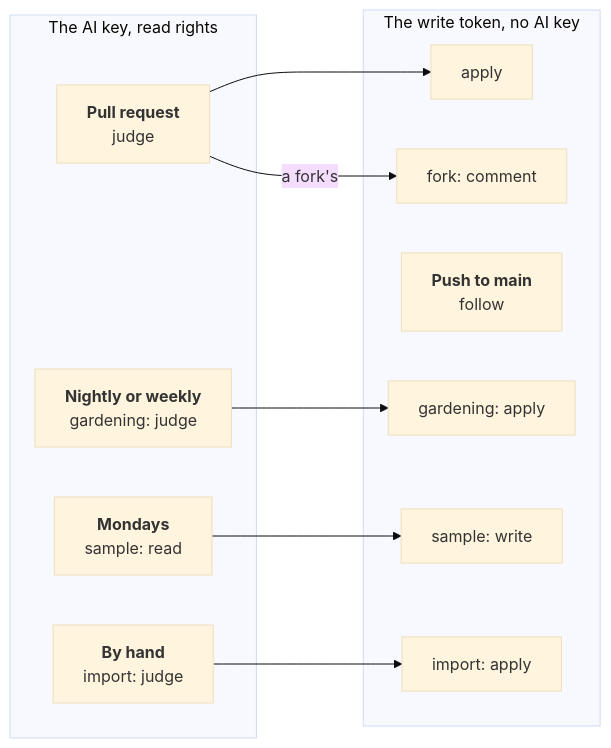
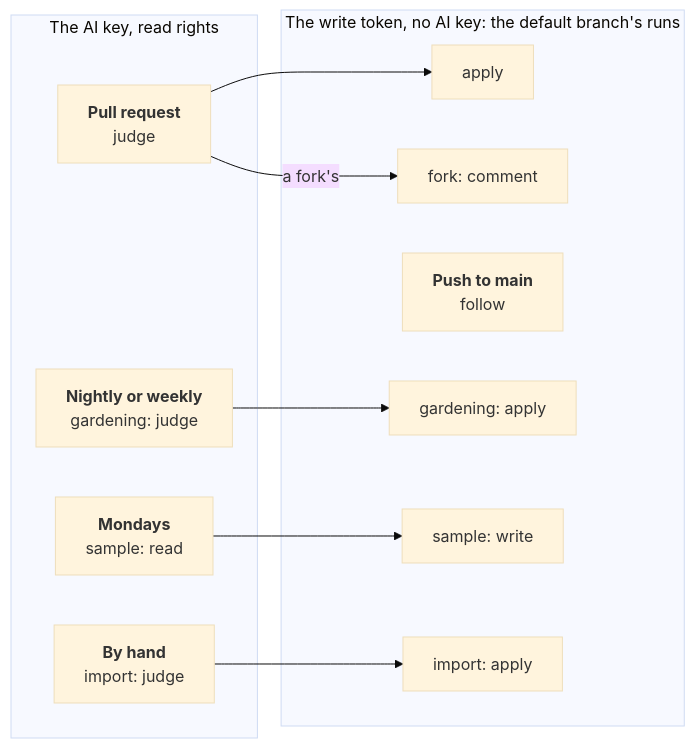
The diagram in docs/ci-github.md (JN0V/workline), drawn with Mermaid (base theme) before and after one commit. The commit also changed other lines of this file and 63 other files, not shown here.

````diff
--- a/docs/ci-github.md
+++ b/docs/ci-github.md
@@ -9,23 +9,23 @@
 ```mermaid
 %%{init: {"flowchart": {"wrappingWidth": 400}}}%%
 flowchart LR
   subgraph reads["The AI key, read rights"]
     judge["<b>Pull request</b><br/>judge"]
     garden["<b>Nightly or weekly</b><br/>gardening: judge"]
     sample["<b>Mondays</b><br/>sample: read"]
     import["<b>By hand</b><br/>import: judge"]
   end
-  subgraph writes["The write token, no AI key"]
+  subgraph writes["The write token, no AI key: the default branch's runs"]
     apply["apply"]
     fork["fork: comment"]
     follow["<b>Push to main</b><br/>follow"]
     gapply["gardening: apply"]
     swrite["sample: write"]
     iapply["import: apply"]
   end
   judge --> apply
   judge -- "a fork's" --> fork
   garden --> gapply
   sample --> swrite
   import --> iapply
 ```
````
